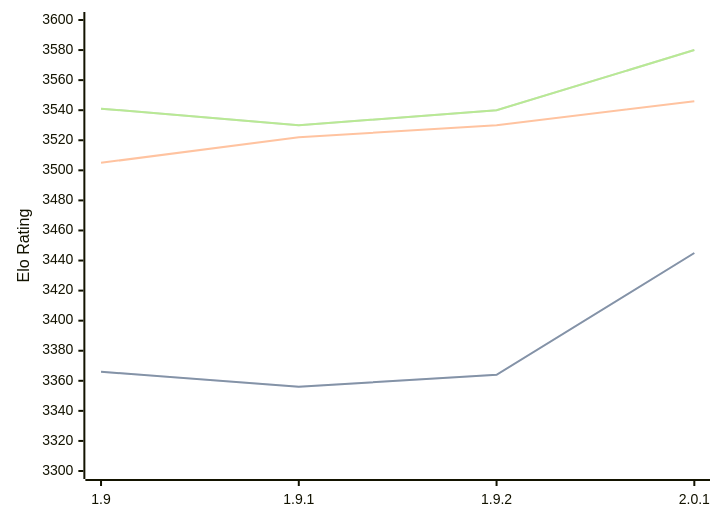
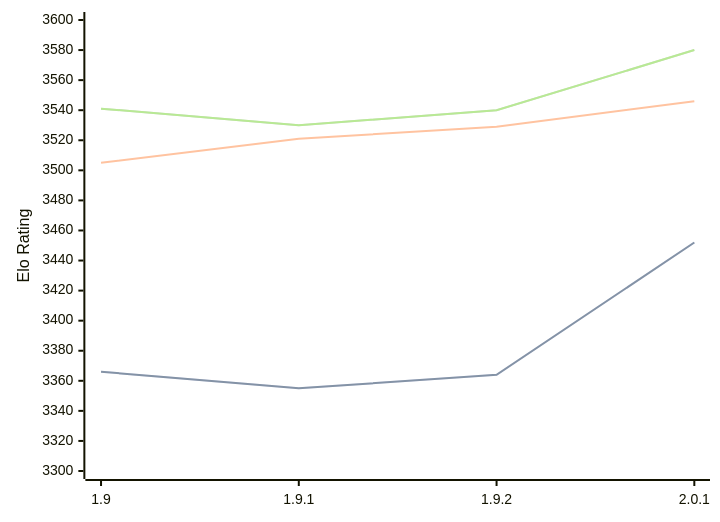
Before and after one commit to computer-chess-index/cci: the diagram in engines/Pawnocchio.md, drawn with Mermaid. The commit also changed other lines of this file, not shown here.

````diff
--- a/engines/Pawnocchio.md
+++ b/engines/Pawnocchio.md
@@ -50,11 +50,11 @@
 ```mermaid
 %%{init: {"theme":"base","themeVariables":{"seriesColors:['#a3a3a3','#222221','#faa371']}}}%%
 xychart-beta
   x-axis ["1.9", "1.9.1", "1.9.2", "2.0.1"]
   y-axis "Elo Rating" 3300 --> 3600
-  line "STC (8.0+0.08s)" [3366, 3356, 3364, 3445]
-  line "STC (8.0+0.08s)" [3366, 3356, 3364, 3445]
-  line "LTC (60.0+0.60s)" [3505, 3522, 3530, 3546]
+  line "STC (8.0+0.08s)" [3366, 3355, 3364, 3452]
+  line "STC (8.0+0.08s)" [3366, 3355, 3364, 3452]
+  line "LTC (60.0+0.60s)" [3505, 3521, 3529, 3546]
   line "VLTC (2m24s+1.12s)" [3541, 3530, 3540, 3580]
   line "VLTC (2m24s+1.12s)" [3541, 3530, 3540, 3580]
 ```
````
